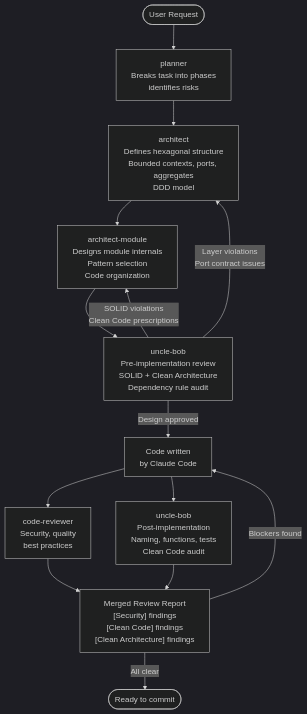
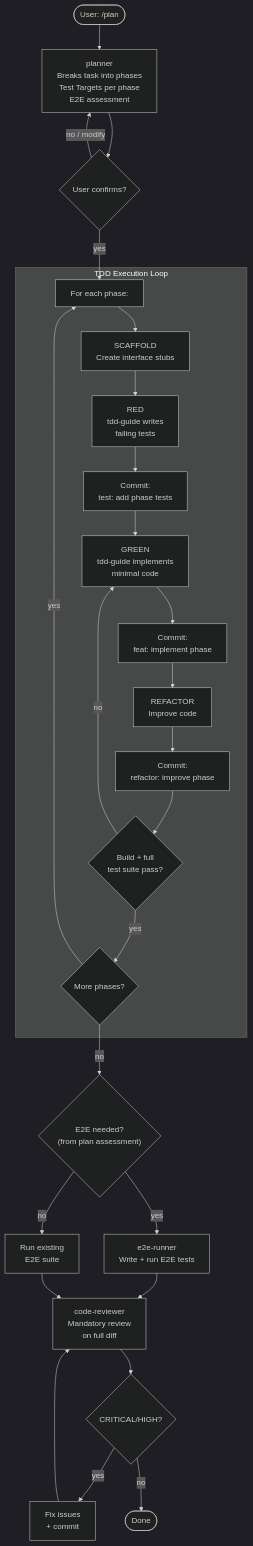
The first of 2 diagrams in docs/diagrams/agent-orchestration.md (LEBOCQTitouan/everything-claude-code), drawn with Mermaid (dark theme) before and after one commit. The commit also changed other lines of this file, not shown here.

Commit message:
fix: update agent-orchestration diagram for /plan TDD flow
Replace the old planner→architect→code flow with the current
/plan pipeline: plan → confirm → TDD loop per phase (RED/GREEN/
REFACTOR/GATE) → E2E assessment → mandatory code review.

````diff
--- a/docs/diagrams/agent-orchestration.md
+++ b/docs/diagrams/agent-orchestration.md
@@ -5,26 +5,38 @@
 ```mermaid
 flowchart TD
-    USER(["User Request"])
+    USER(["User: /plan"])
 
-    USER --> PLANNER["planner<br/>Breaks task into phases<br/>identifies risks"]
+    USER --> PLANNER["planner<br/>Breaks task into phases<br/>Test Targets per phase<br/>E2E assessment"]
 
-    PLANNER --> ARCH["architect<br/>Defines hexagonal structure<br/>Bounded contexts, ports, aggregates<br/>DDD model"]
+    PLANNER --> CONFIRM{User confirms?}
+    CONFIRM -->|"no / modify"| PLANNER
 
-    ARCH --> ARCHMOD["architect-module<br/>Designs module internals<br/>Pattern selection<br/>Code organization"]
+    CONFIRM -->|"yes"| PHASE["For each phase:"]
 
-    ARCHMOD --> UB1["uncle-bob<br/>Pre-implementation review<br/>SOLID + Clean Architecture<br/>Dependency rule audit"]
+    subgraph tdd["TDD Execution Loop"]
+        PHASE --> SCAFFOLD["SCAFFOLD<br/>Create interface stubs"]
+        SCAFFOLD --> RED["RED<br/>tdd-guide writes<br/>failing tests"]
+        RED --> REDC["Commit:<br/>test: add phase tests"]
+        REDC --> GREEN["GREEN<br/>tdd-guide implements<br/>minimal code"]
+        GREEN --> GREENC["Commit:<br/>feat: implement phase"]
+        GREENC --> REFACTOR["REFACTOR<br/>Improve code"]
+        REFACTOR --> REFACTORC["Commit:<br/>refactor: improve phase"]
+        REFACTORC --> GATE{"Build + full<br/>test suite pass?"}
+        GATE -->|"no"| GREEN
+        GATE -->|"yes"| NEXT{More phases?}
+        NEXT -->|"yes"| PHASE
+    end
 
-    UB1 -->|"SOLID violations<br/>Clean Code prescriptions"| ARCHMOD
-    UB1 -->|"Layer violations<br/>Port contract issues"| ARCH
+    NEXT -->|"no"| E2E{"E2E needed?<br/>(from plan assessment)"}
+    E2E -->|"yes"| E2EWRITE["e2e-runner<br/>Write + run E2E tests"]
+    E2E -->|"no"| E2ERUN["Run existing<br/>E2E suite"]
+    E2EWRITE --> CR
+    E2ERUN --> CR
 
-    UB1 -->|"Design approved"| CODE["Code written<br/>by Claude Code"]
+    CR["code-reviewer<br/>Mandatory review<br/>on full diff"]
 
-    CODE --> CR["code-reviewer<br/>Security, quality<br/>best practices"]
-    CODE --> UB2["uncle-bob<br/>Post-implementation<br/>Naming, functions, tests<br/>Clean Code audit"]
-
-    CR --> REPORT["Merged Review Report<br/>[Security] findings<br/>[Clean Code] findings<br/>[Clean Architecture] findings"]
-    UB2 --> REPORT
-
-    REPORT -->|"Blockers found"| CODE
-    REPORT -->|"All clear"| DONE(["Ready to commit"])
+    CR --> ISSUES{CRITICAL/HIGH?}
+    ISSUES -->|"yes"| FIX["Fix issues<br/>+ commit"]
+    FIX --> CR
+    ISSUES -->|"no"| DONE(["Done"])
 ```
````
